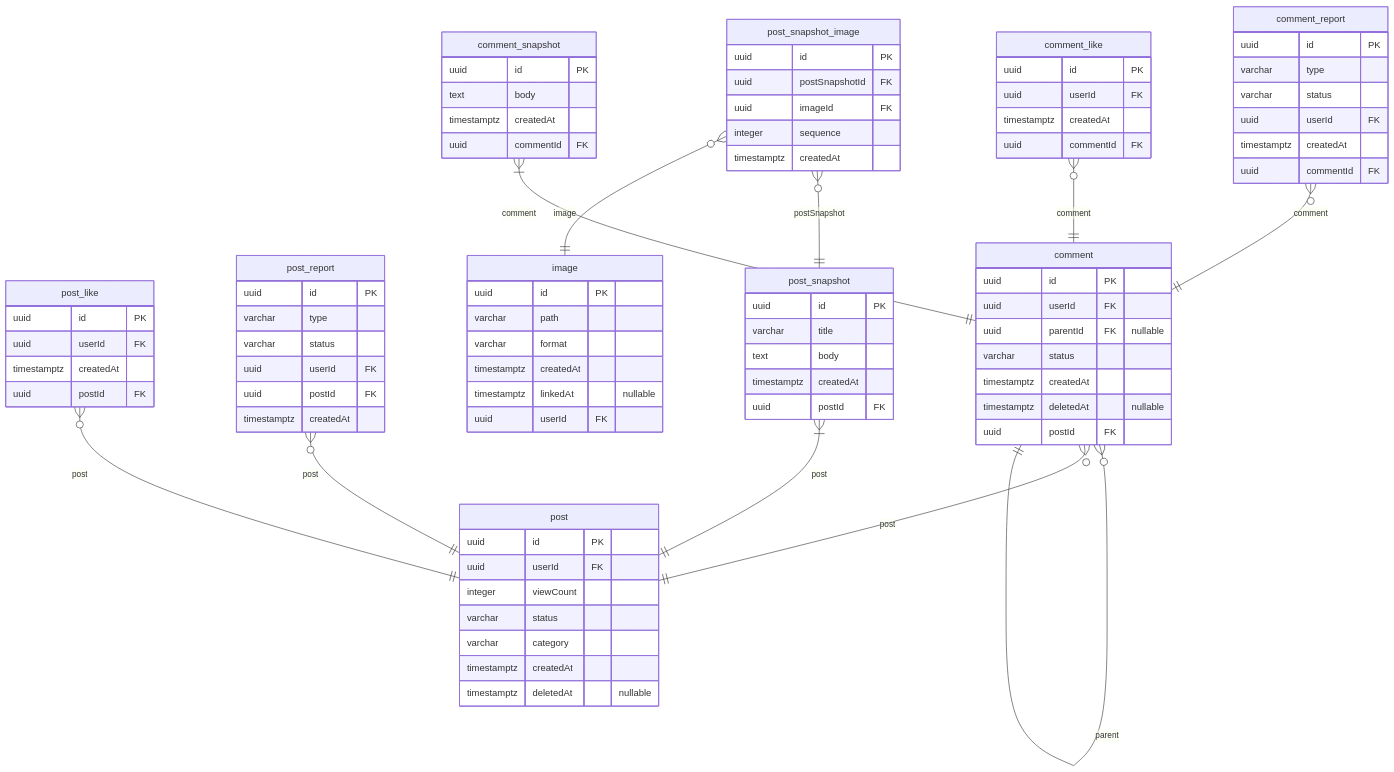
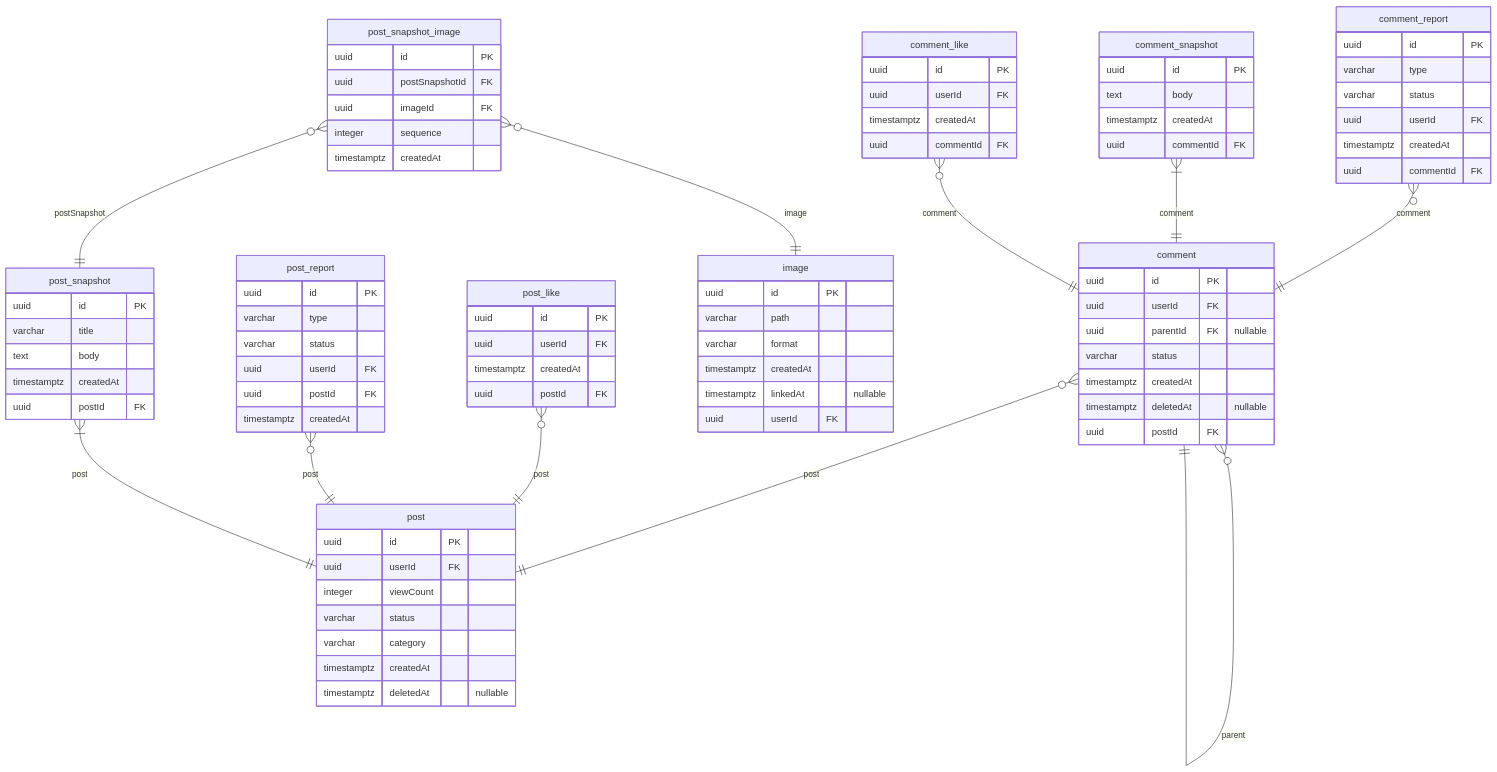
The fourth of 6 diagrams in docs/najiha-v2-erd.md (NAJUHA-JIUJITSU/najuha-v2-be), drawn with Mermaid before and after one commit. The commit also changed other lines of this file and 14 other files, not shown here.

````diff
--- a/docs/najiha-v2-erd.md
+++ b/docs/najiha-v2-erd.md
@@ -648,29 +648,9 @@
 ```mermaid
 erDiagram
-  post_like {
-    uuid id PK
-    uuid userId FK
-    timestamptz createdAt
-    uuid postId FK
-  }
-  post_report {
-    uuid id PK
-    varchar type
-    varchar status
-    uuid userId FK
-    uuid postId FK
-    timestamptz createdAt
-  }
   comment_report {
     uuid id PK
     varchar type
     varchar status
-    uuid userId FK
-    timestamptz createdAt
-    uuid commentId FK
-  }
-  comment_like {
-    uuid id PK
     uuid userId FK
     timestamptz createdAt
     uuid commentId FK
@@ -690,27 +670,24 @@
     timestamptz deletedAt "nullable"
     uuid postId FK
   }
-  post {
+  comment_like {
     uuid id PK
     uuid userId FK
-    integer viewCount
-    varchar status
-    varchar category
     timestamptz createdAt
-    timestamptz deletedAt "nullable"
+    uuid commentId FK
   }
-  post_snapshot {
+  post_like {
     uuid id PK
-    varchar title
-    text body
+    uuid userId FK
     timestamptz createdAt
     uuid postId FK
   }
-  post_snapshot_image {
+  post_report {
     uuid id PK
-    uuid postSnapshotId FK
-    uuid imageId FK
-    integer sequence
+    varchar type
+    varchar status
+    uuid userId FK
+    uuid postId FK
     timestamptz createdAt
   }
   image {
@@ -721,14 +698,37 @@
     timestamptz linkedAt "nullable"
     uuid userId FK
   }
-  post_like }o--|| post: post
-  post_report }o--|| post: post
+  post_snapshot_image {
+    uuid id PK
+    uuid postSnapshotId FK
+    uuid imageId FK
+    integer sequence
+    timestamptz createdAt
+  }
+  post_snapshot {
+    uuid id PK
+    varchar title
+    text body
+    timestamptz createdAt
+    uuid postId FK
+  }
+  post {
+    uuid id PK
+    uuid userId FK
+    integer viewCount
+    varchar status
+    varchar category
+    timestamptz createdAt
+    timestamptz deletedAt "nullable"
+  }
   comment_report }o--|| comment: comment
-  comment_like }o--|| comment: comment
   comment_snapshot }|--|| comment: comment
   comment }o--|| comment: parent
   comment }o--|| post: post
-  post_snapshot }|--|| post: post
+  comment_like }o--|| comment: comment
+  post_like }o--|| post: post
+  post_report }o--|| post: post
   post_snapshot_image }o--|| post_snapshot: postSnapshot
   post_snapshot_image }o--|| image: image
+  post_snapshot }|--|| post: post
 ```
````
